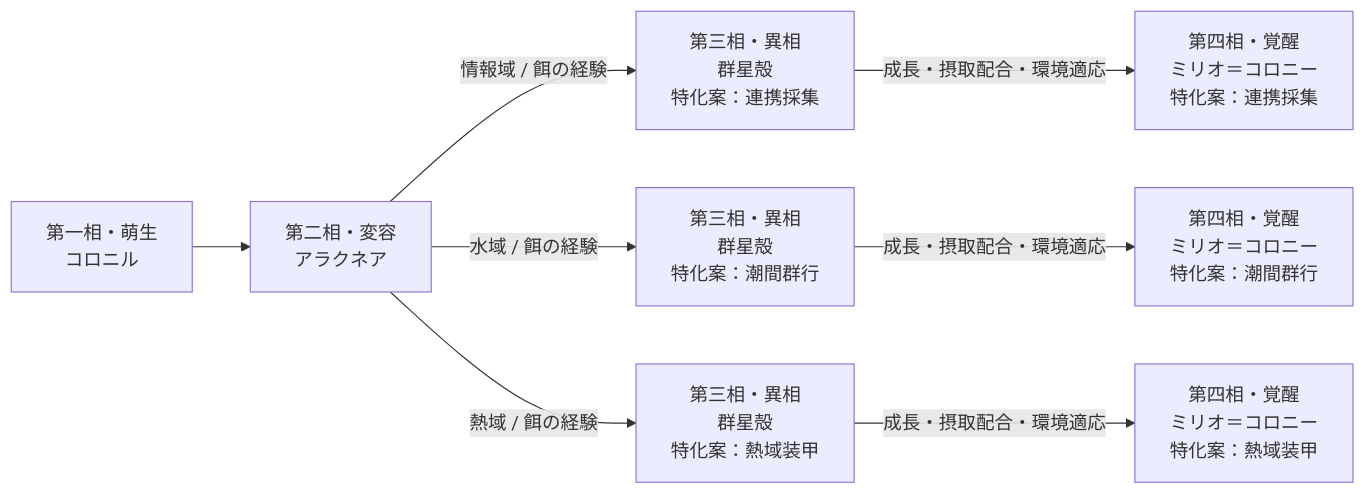
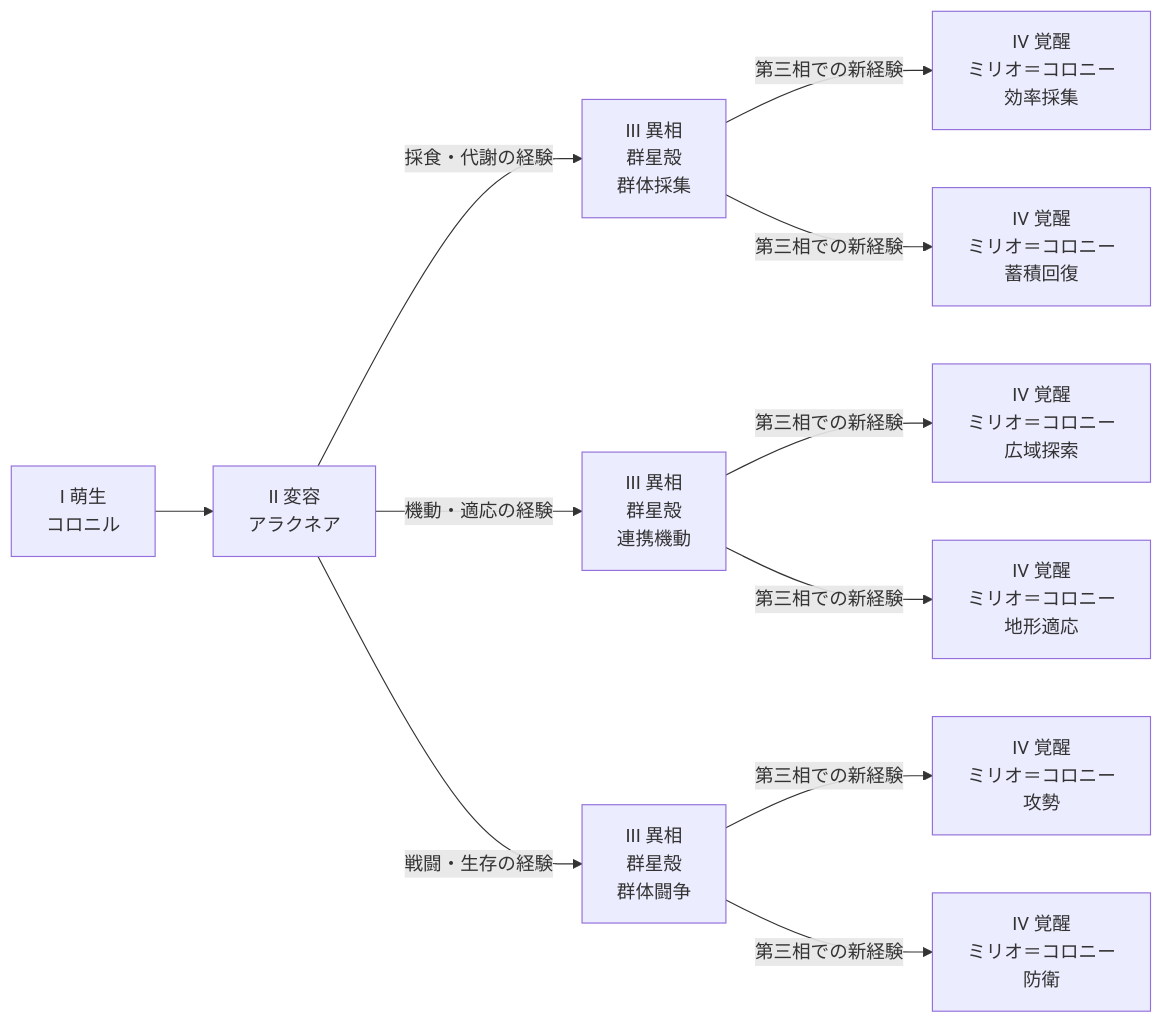
Before and after one commit to chifuru/VAL: the diagram in lifegame-desktop/design/specification/evolution-trees/swarm.md, drawn with Mermaid. The commit also changed other lines of this file and 56 other files, not shown here.

````diff
--- a/lifegame-desktop/design/specification/evolution-trees/swarm.md
+++ b/lifegame-desktop/design/specification/evolution-trees/swarm.md
@@ -21,10 +32,13 @@
 ```mermaid
 flowchart LR
-  p1["第一相・萌生<br/>コロニル"] --> p2["第二相・変容<br/>アラクネア"]
-  p2 -->|"情報域 / 餌の経験"| p3_1["第三相・異相<br/>群星殻<br/>特化案：連携採集"]
-  p3_1 -->|"成長・摂取配合・環境適応"| p4_1["第四相・覚醒<br/>ミリオ＝コロニー<br/>特化案：連携採集"]
-  p2 -->|"水域 / 餌の経験"| p3_2["第三相・異相<br/>群星殻<br/>特化案：潮間群行"]
-  p3_2 -->|"成長・摂取配合・環境適応"| p4_2["第四相・覚醒<br/>ミリオ＝コロニー<br/>特化案：潮間群行"]
-  p2 -->|"熱域 / 餌の経験"| p3_3["第三相・異相<br/>群星殻<br/>特化案：熱域装甲"]
-  p3_3 -->|"成長・摂取配合・環境適応"| p4_3["第四相・覚醒<br/>ミリオ＝コロニー<br/>特化案：熱域装甲"]
+ p1["I 萌生<br/>コロニル"] --> p2["II 変容<br/>アラクネア"]
+ p2 -->|"採食・代謝の経験"| p3_0["III 異相<br/>群星殻<br/>群体採集"]
+ p3_0 -->|"第三相での新経験"| p4_0_0["IV 覚醒<br/>ミリオ＝コロニー<br/>効率採集"]
+ p3_0 -->|"第三相での新経験"| p4_0_1["IV 覚醒<br/>ミリオ＝コロニー<br/>蓄積回復"]
+ p2 -->|"機動・適応の経験"| p3_1["III 異相<br/>群星殻<br/>連携機動"]
+ p3_1 -->|"第三相での新経験"| p4_1_0["IV 覚醒<br/>ミリオ＝コロニー<br/>広域探索"]
+ p3_1 -->|"第三相での新経験"| p4_1_1["IV 覚醒<br/>ミリオ＝コロニー<br/>地形適応"]
+ p2 -->|"戦闘・生存の経験"| p3_2["III 異相<br/>群星殻<br/>群体闘争"]
+ p3_2 -->|"第三相での新経験"| p4_2_0["IV 覚醒<br/>ミリオ＝コロニー<br/>攻勢"]
+ p3_2 -->|"第三相での新経験"| p4_2_1["IV 覚醒<br/>ミリオ＝コロニー<br/>防衛"]
 ```
````
